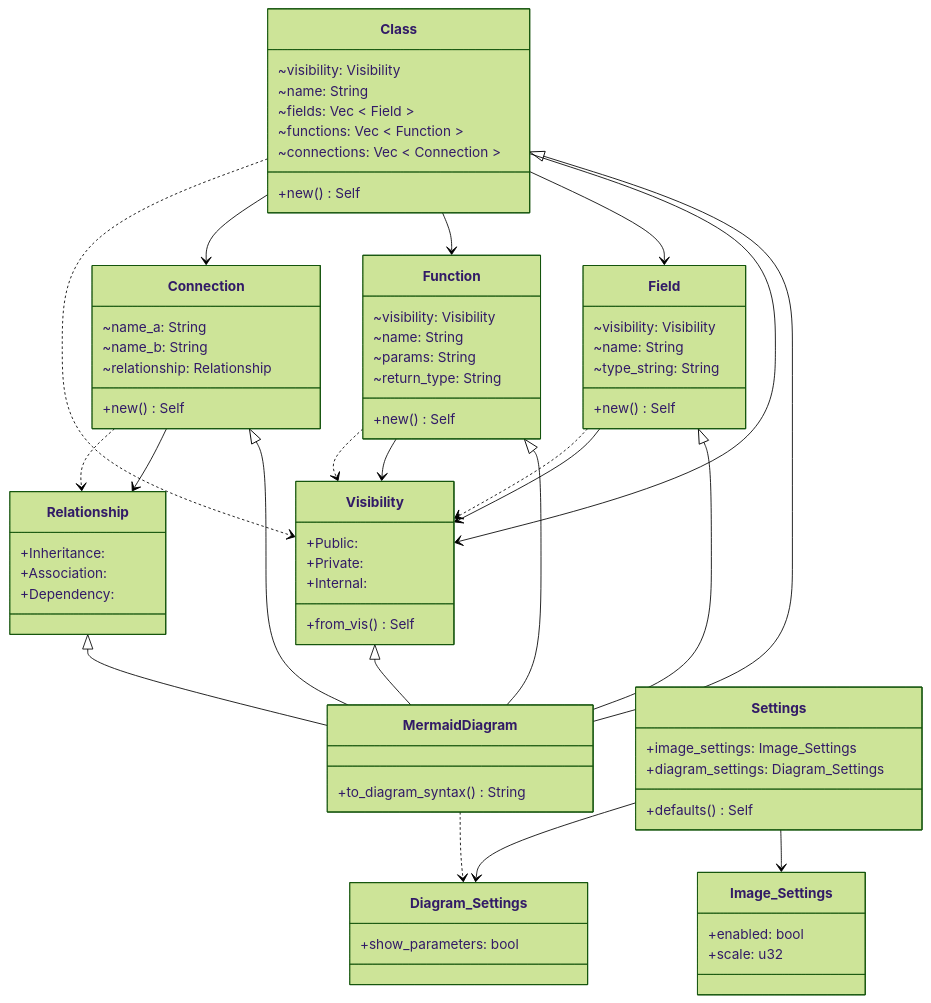
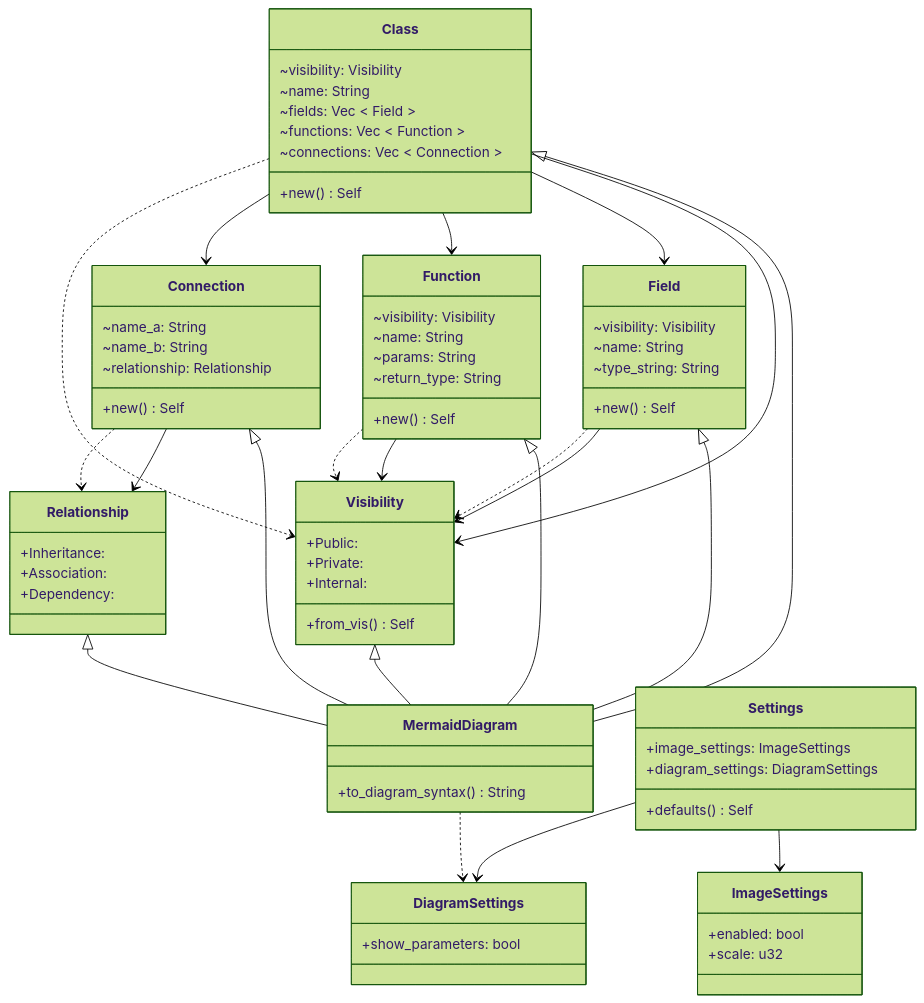
The diagram in diagram.mmd (gusjengis/mermaid-class-diagrams), drawn with Mermaid (forest theme) before and after one commit. The commit also changed 3 other files, not shown here.

```diff
--- a/diagram.mmd
+++ b/diagram.mmd
@@ -1,75 +1,75 @@
 classDiagram
 
 class MermaidDiagram {
 +to_diagram_syntax() String
 }
 Class <|-- MermaidDiagram
 Function <|-- MermaidDiagram
 Field <|-- MermaidDiagram
 Visibility <|-- MermaidDiagram
 Connection <|-- MermaidDiagram
 Relationship <|-- MermaidDiagram
 class Class {
 ~visibility: Visibility
 ~name: String
 ~fields: Vec < Field >
 ~functions: Vec < Function >
 ~connections: Vec < Connection >
 +new() Self
 }
 Class --> Visibility
 Class --> Field
 Class --> Function
 Class --> Connection
 Class ..> Visibility
 class Field {
 ~visibility: Visibility
 ~name: String
 ~type_string: String
 +new() Self
 }
 Field --> Visibility
 Field ..> Visibility
 class Function {
 ~visibility: Visibility
 ~name: String
 ~params: String
 ~return_type: String
 +new() Self
 }
 Function --> Visibility
 Function ..> Visibility
 class Connection {
 ~name_a: String
 ~name_b: String
 ~relationship: Relationship
 +new() Self
 }
 Connection --> Relationship
 Connection ..> Relationship
 class Relationship {
 +Inheritance: 
 +Association: 
 +Dependency: 
 }
 class Visibility {
 +Public: 
 +Private: 
 +Internal: 
 +from_vis() Self
 }
 class Settings {
-+image_settings: Image_Settings
-+diagram_settings: Diagram_Settings
++image_settings: ImageSettings
++diagram_settings: DiagramSettings
 +defaults() Self
 }
-Settings --> Image_Settings
-Settings --> Diagram_Settings
-class Image_Settings {
+Settings --> ImageSettings
+Settings --> DiagramSettings
+class ImageSettings {
 +enabled: bool
 +scale: u32
 }
-class Diagram_Settings {
+class DiagramSettings {
 +show_parameters: bool
 }
-MermaidDiagram ..> Diagram_Settings
+MermaidDiagram ..> DiagramSettings
```
